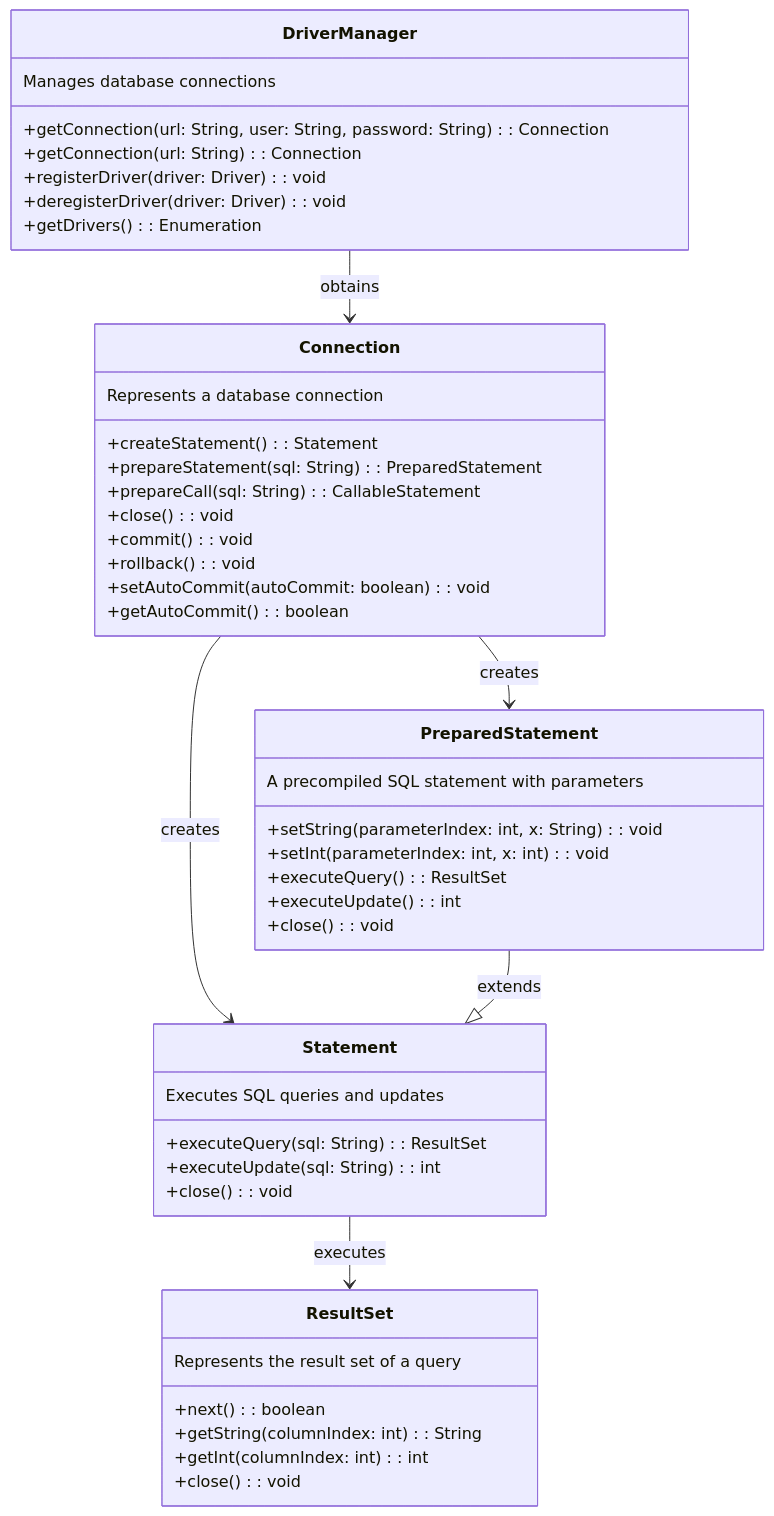
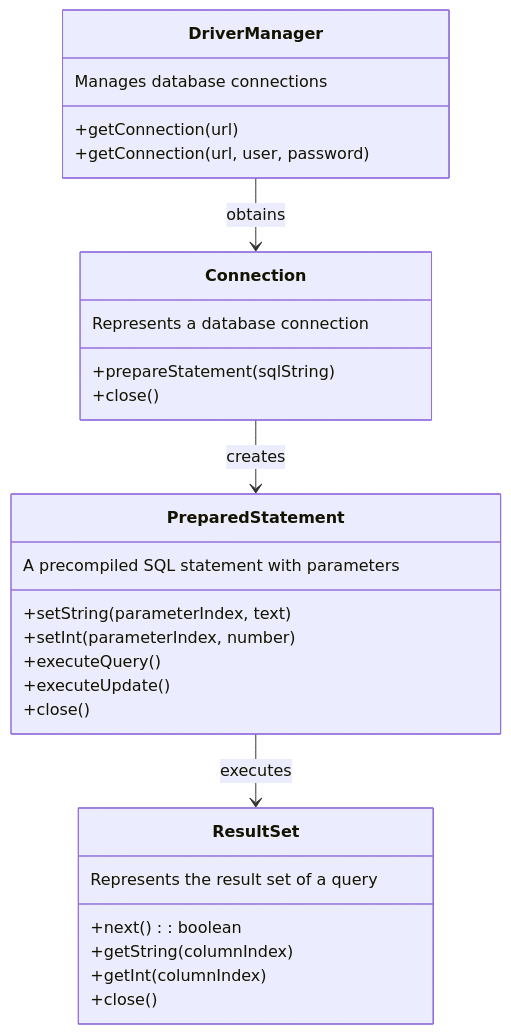
The second of 2 diagrams in README.md (ohjelmointi2/sql-databases), drawn with Mermaid before and after one commit. The commit also changed other lines of this file and 12 other files, not shown here.

````diff
--- a/README.md
+++ b/README.md
@@ -5,53 +166,38 @@
 ```mermaid
 classDiagram
+    direction TB
     class DriverManager {
         Manages database connections
-        +getConnection(url: String, user: String, password: String): Connection
-        +getConnection(url: String): Connection
-        +registerDriver(driver: Driver): void
-        +deregisterDriver(driver: Driver): void
-        +getDrivers(): Enumeration<Driver>
+        +getConnection(url)
+        +getConnection(url, user, password)
     }
 
     class Connection {
         Represents a database connection
-        +createStatement(): Statement
-        +prepareStatement(sql: String): PreparedStatement
-        +prepareCall(sql: String): CallableStatement
-        +close(): void
-        +commit(): void
-        +rollback(): void
-        +setAutoCommit(autoCommit: boolean): void
-        +getAutoCommit(): boolean
+        +prepareStatement(sqlString)
+        +close()
     }
 
-    class Statement {
-        Executes SQL queries and updates
-        +executeQuery(sql: String): ResultSet
-        +executeUpdate(sql: String): int
-        +close(): void
-    }
 
     class PreparedStatement {
         A precompiled SQL statement with parameters
-        +setString(parameterIndex: int, x: String): void
-        +setInt(parameterIndex: int, x: int): void
-        +executeQuery(): ResultSet
-        +executeUpdate(): int
-        +close(): void
+        +setString(parameterIndex, text)
+        +setInt(parameterIndex, number)
+        +executeQuery()
+        +executeUpdate()
+        +close()
     }
 
     class ResultSet {
         Represents the result set of a query
         +next(): boolean
-        +getString(columnIndex: int): String
-        +getInt(columnIndex: int): int
-        +close(): void
+        +getString(columnIndex)
+        +getInt(columnIndex)
+        +close()
     }
 
     DriverManager --> Connection: obtains
-    Connection --> Statement: creates
     Connection --> PreparedStatement: creates
-    Statement --> ResultSet: executes
-    PreparedStatement --|> Statement: extends
+    PreparedStatement --> ResultSet: executes
+
 ```
````
